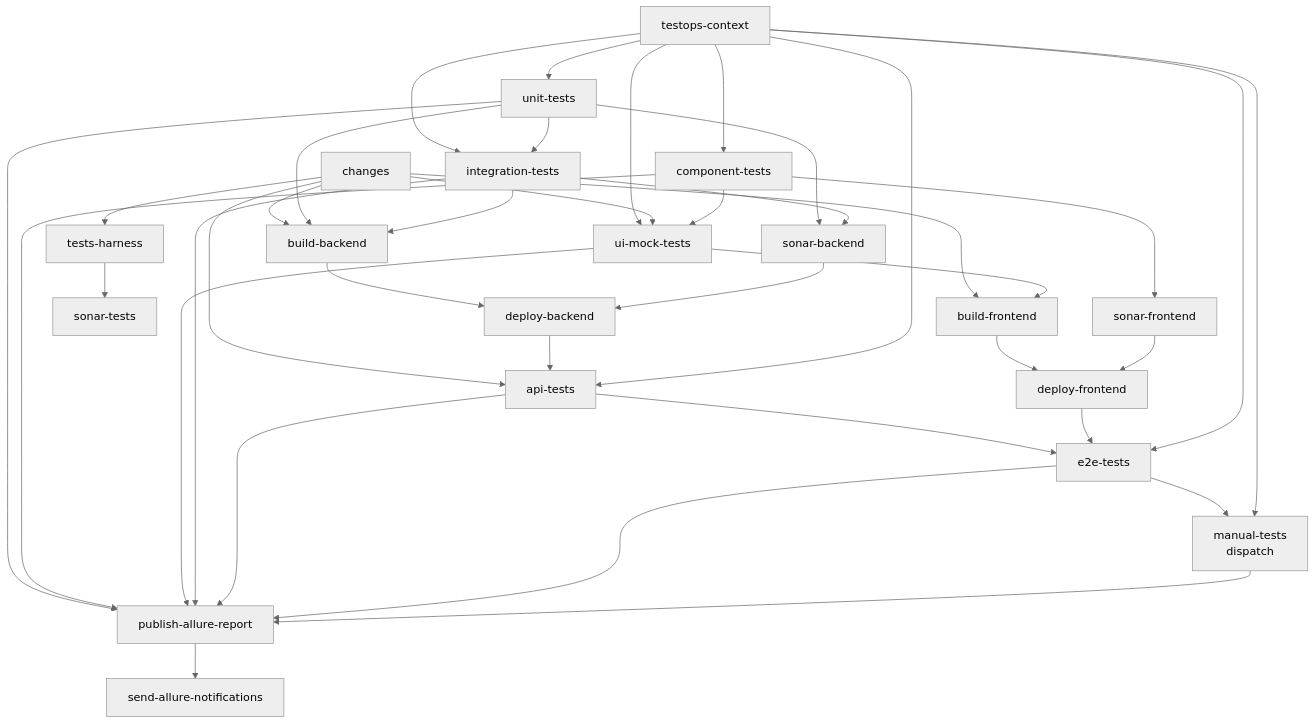
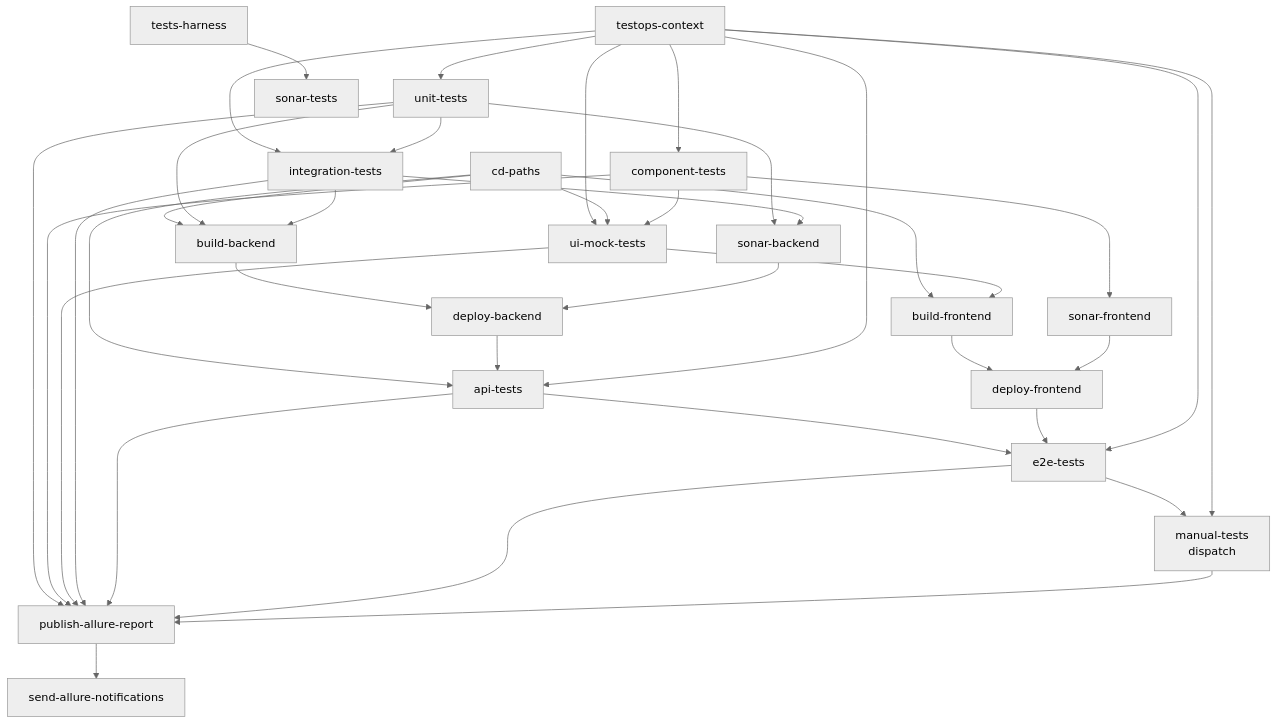
The diagram in README.md (autotests-ai/autotests-ai-multistack-app), drawn with Mermaid (neutral theme) before and after one commit. The commit also changed other lines of this file and 1 other file, not shown here.

Commit message:
ci: keep cd-paths off the test graph
changes is a CD skip-gate (job-level if), not a pyramid stage. tests-harness
computes its own backend-only slice so sonar-tests no longer hangs off it.

````diff
--- a/README.md
+++ b/README.md
@@ -79,46 +79,46 @@
 ```mermaid
 flowchart TB
   TOC[testops-context]
-  CH[changes]
+  CH[cd-paths]
 
   TOC --> UNIT[unit-tests]
   TOC --> COMP[component-tests]
-  CH --> H[tests-harness]
+  H[tests-harness]
   TOC --> MOCK[ui-mock-tests]
   TOC --> INT[integration-tests]
 
   CH --> MOCK
   CH --> BB
   CH --> BF
   CH --> API
 
   UNIT --> INT
   UNIT --> SB[sonar-backend]
   INT --> SB
   COMP --> SF[sonar-frontend]
   COMP --> MOCK
   H --> ST[sonar-tests]
 
   UNIT --> BB[build-backend]
   INT --> BB
   MOCK --> BF[build-frontend]
 
   BB --> DB[deploy-backend]
   SB --> DB
 
   BF --> DF[deploy-frontend]
   SF --> DF
 
   DB --> API[api-tests]
   TOC --> API
 
   API --> E2E[e2e-tests]
   DF --> E2E
   TOC --> E2E
 
   E2E --> MAN[manual-tests<br/>dispatch]
   TOC --> MAN
 
   UNIT & COMP & MOCK & INT & API & E2E & MAN --> PUB[publish-allure-report]
   PUB --> NTF[send-allure-notifications]
 ```
````
